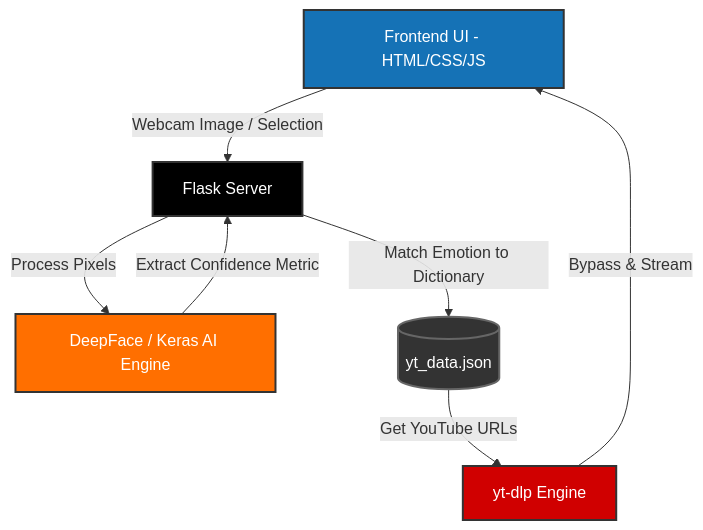
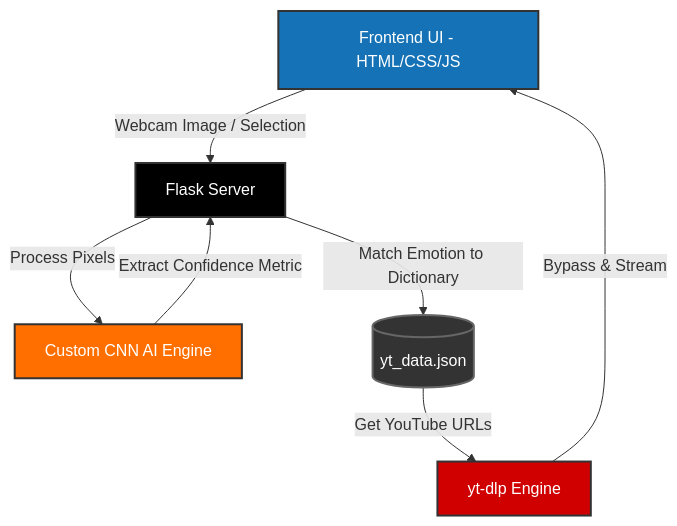
The diagram in README.md (mohitkumar-5/MoodX-Emotion-AI), drawn with Mermaid before and after one commit. The commit also changed other lines of this file, not shown here.

Commit message:
updated AI description to custom CNN architecture

````diff
--- a/README.md
+++ b/README.md
@@ -113,15 +113,15 @@
 ```mermaid
 graph TD
     Client[Frontend UI - HTML/CSS/JS] -->|Webcam Image / Selection| Backend[Flask Server]
-    Backend -->|Process Pixels| ML[DeepFace / Keras AI Engine]
+    Backend -->|Process Pixels| ML[Custom CNN AI Engine]
     ML -->|Extract Confidence Metric| Backend
     Backend -->|Match Emotion to Dictionary| DB[(yt_data.json)]
     DB --> |Get YouTube URLs| Streaming[yt-dlp Engine]
     Streaming --> |Bypass & Stream| Client
     
     style Client fill:#1572B6,stroke:#333,stroke-width:2px,color:#fff
     style Backend fill:#000000,stroke:#333,stroke-width:2px,color:#fff
     style ML fill:#FF6F00,stroke:#333,stroke-width:2px,color:#fff
     style DB fill:#333333,stroke:#666,stroke-width:2px,color:#fff
     style Streaming fill:#D00000,stroke:#333,stroke-width:2px,color:#fff
 ```
````
